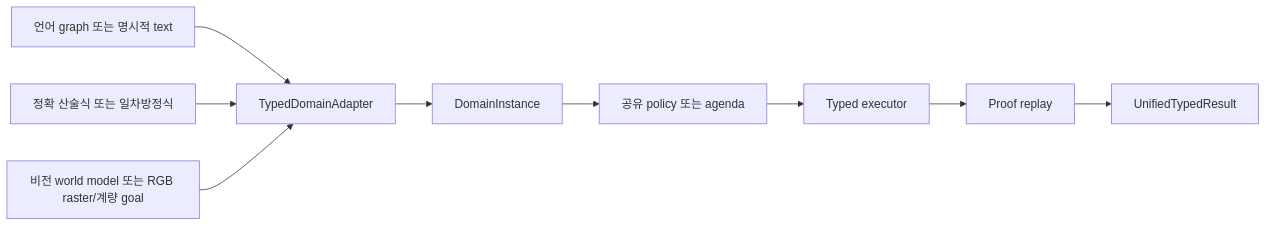
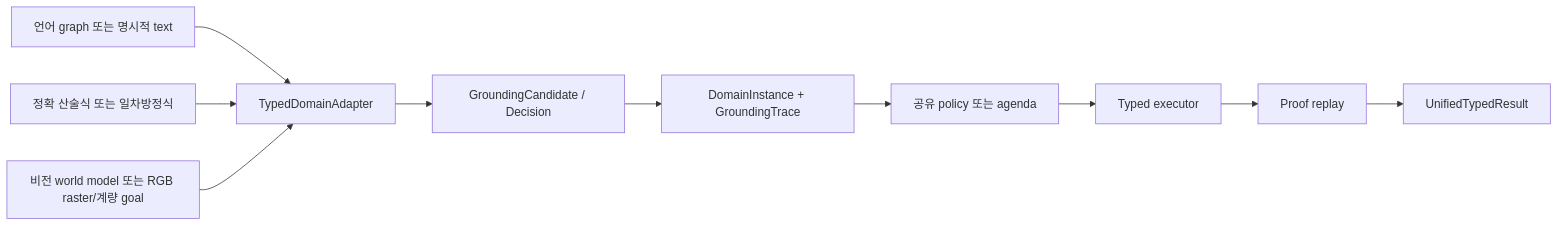
Before and after one commit to gitUserKHS/semop_local_4060: the diagram in docs/language_math_vision_typed_runtime.md, drawn with Mermaid. The commit also changed other lines of this file and 25 other files, not shown here.

````diff
--- a/docs/language_math_vision_typed_runtime.md
+++ b/docs/language_math_vision_typed_runtime.md
@@ -23,11 +27,12 @@
 ```mermaid
 flowchart LR
     A["언어 graph 또는 명시적 text"] --> D["TypedDomainAdapter"]
     B["정확 산술식 또는 일차방정식"] --> D
     C["비전 world model 또는 RGB raster/계량 goal"] --> D
-    D --> S["DomainInstance"]
+    D --> G["GroundingCandidate / Decision"]
+    G --> S["DomainInstance + GroundingTrace"]
     S --> P["공유 policy 또는 agenda"]
     P --> K["Typed executor"]
     K --> R["Proof replay"]
     R --> O["UnifiedTypedResult"]
 ```
````
